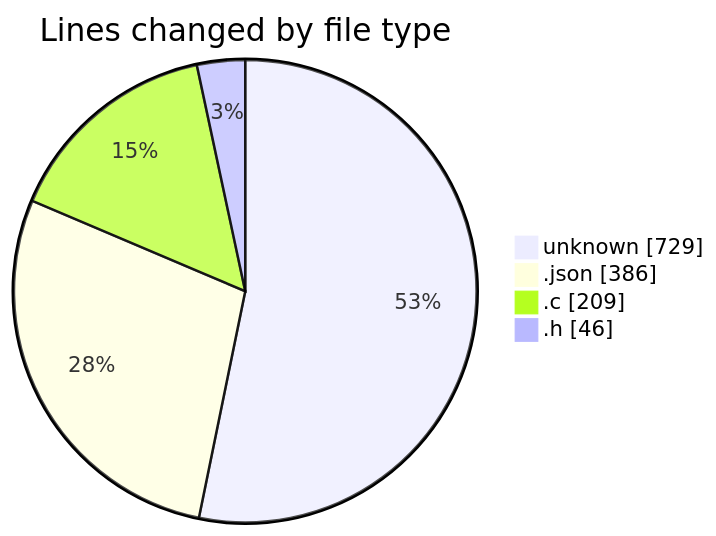
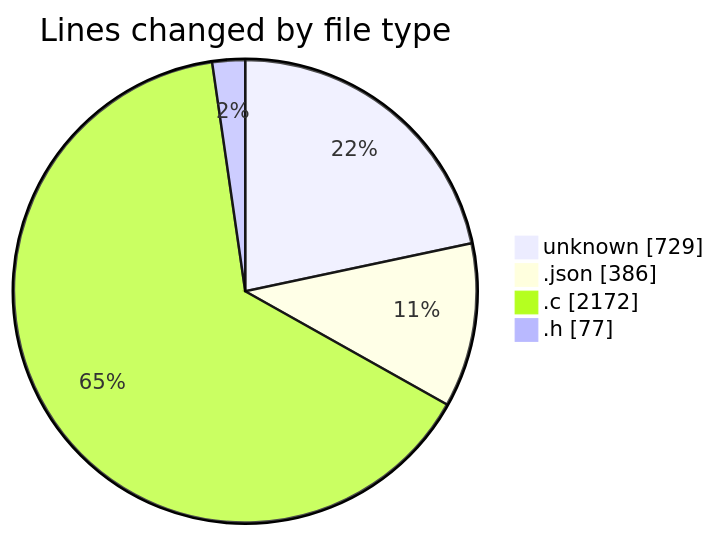
The first of 2 diagrams in 2025-04-03/konstruct/README.md (charlie-sans/code-tracking), drawn with Mermaid before and after one commit. The commit also changed other lines of this file and 1 other file, not shown here.

````diff
--- a/2025-04-03/konstruct/README.md
+++ b/2025-04-03/konstruct/README.md
@@ -25,8 +29,8 @@
 ```mermaid
 pie showData
 title Lines changed by file type
 "unknown" : 729
 ".json" : 386
-".c" : 209
-".h" : 46
+".c" : 2172
+".h" : 77
 ```
````
